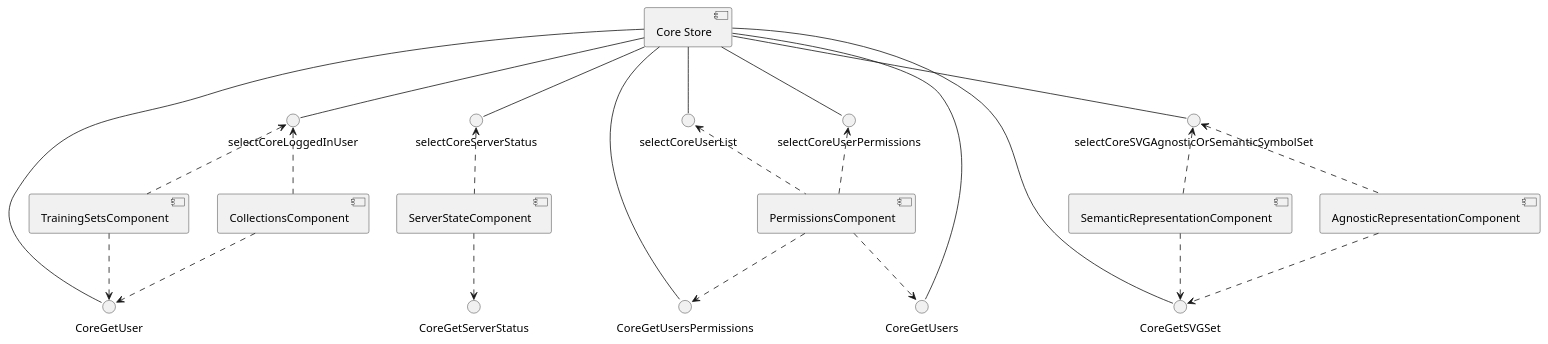
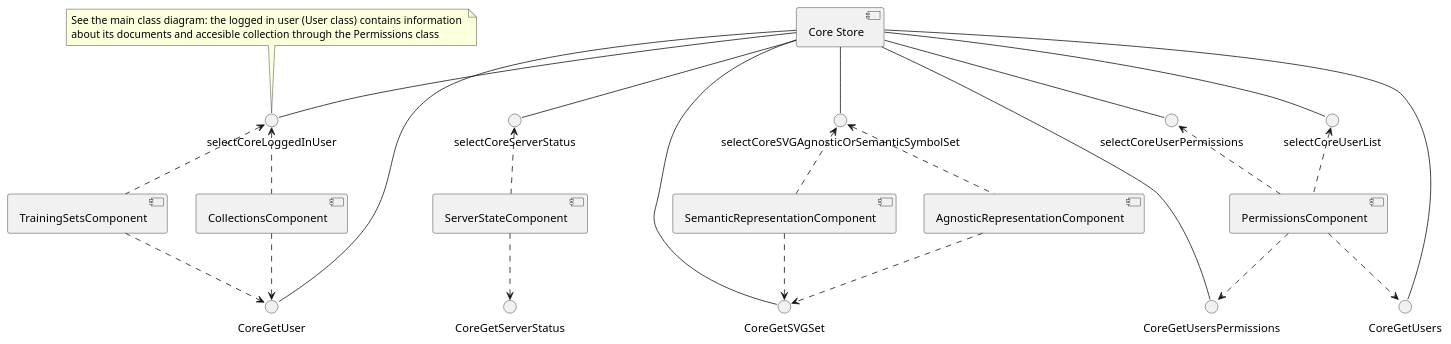
Before and after one commit to HISPAMUS/muret: the second of 12 diagrams in documentation/puml/angular.puml, drawn with PlantUML. The commit also changed other lines of this file and 20 other files, not shown here.

```diff
--- a/documentation/puml/angular.puml
+++ b/documentation/puml/angular.puml
@@ -39,35 +42,40 @@
 @startuml core_store_component
     [Core Store]
     CoreGetUsersPermissions -- [Core Store]
     CoreGetUsers -- [Core Store]
     CoreGetUser -- [Core Store]
     CoreGetSVGSet -- [Core Store]
 
-    [Core Store] -- selectCoreLoggedInUser
+    [Core Store] -- selectCoreLoggedInUser 
+    note top of selectCoreLoggedInUser
+      See the main class diagram: the logged in user (User class) contains information 
+      about its documents and accesible collection through the Permissions class
+    end note
+
     [Core Store] -- selectCoreUserPermissions
     [Core Store] -- selectCoreUserList
     [Core Store] -- selectCoreServerStatus
     [Core Store] -- selectCoreSVGAgnosticOrSemanticSymbolSet
 
     [CollectionsComponent] ..> CoreGetUser
     [TrainingSetsComponent] ..> CoreGetUser
 
     [PermissionsComponent] ..> CoreGetUsersPermissions
     [PermissionsComponent] ..> CoreGetUsers
 
     [AgnosticRepresentationComponent] ..> CoreGetSVGSet
     [SemanticRepresentationComponent] ..> CoreGetSVGSet
 
     [ServerStateComponent] ..> CoreGetServerStatus
 
     selectCoreLoggedInUser <.. [CollectionsComponent]
     selectCoreLoggedInUser <.. [TrainingSetsComponent]
     
     selectCoreUserPermissions <.. [PermissionsComponent]
     selectCoreUserList <.. [PermissionsComponent]
 
     selectCoreServerStatus <.. [ServerStateComponent]
     selectCoreSVGAgnosticOrSemanticSymbolSet <.. [AgnosticRepresentationComponent]
     selectCoreSVGAgnosticOrSemanticSymbolSet <.. [SemanticRepresentationComponent]
     
 @enduml
```
